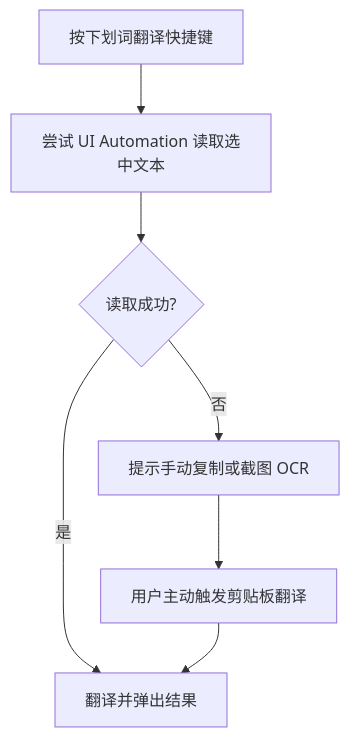
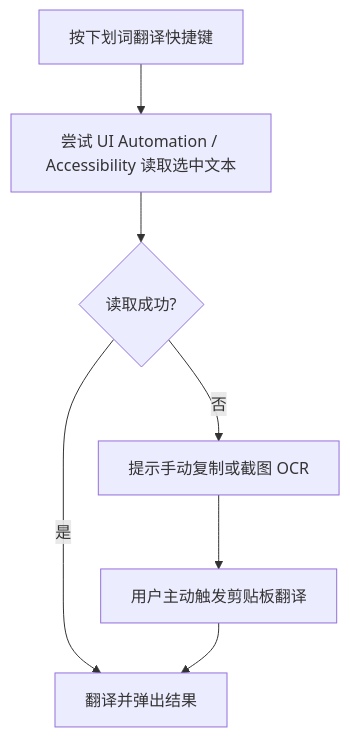
One commit to inorilzy/Translationrecordingtool changed the third of 3 diagrams in README.md. Above: the diagram before and after it, drawn with Mermaid. The commit also changed other lines of this file and 21 other files, not shown here.

````diff
--- a/README.md
+++ b/README.md
@@ -157,9 +160,9 @@
 ```mermaid
 flowchart TD
-  A[按下划词翻译快捷键] --> B[尝试 UI Automation 读取选中文本]
+  A[按下划词翻译快捷键] --> B[尝试 UI Automation / Accessibility 读取选中文本]
   B --> C{读取成功?}
   C -->|是| D[翻译并弹出结果]
   C -->|否| E[提示手动复制或截图 OCR]
   E --> F[用户主动触发剪贴板翻译]
   F --> D
 ```
````
